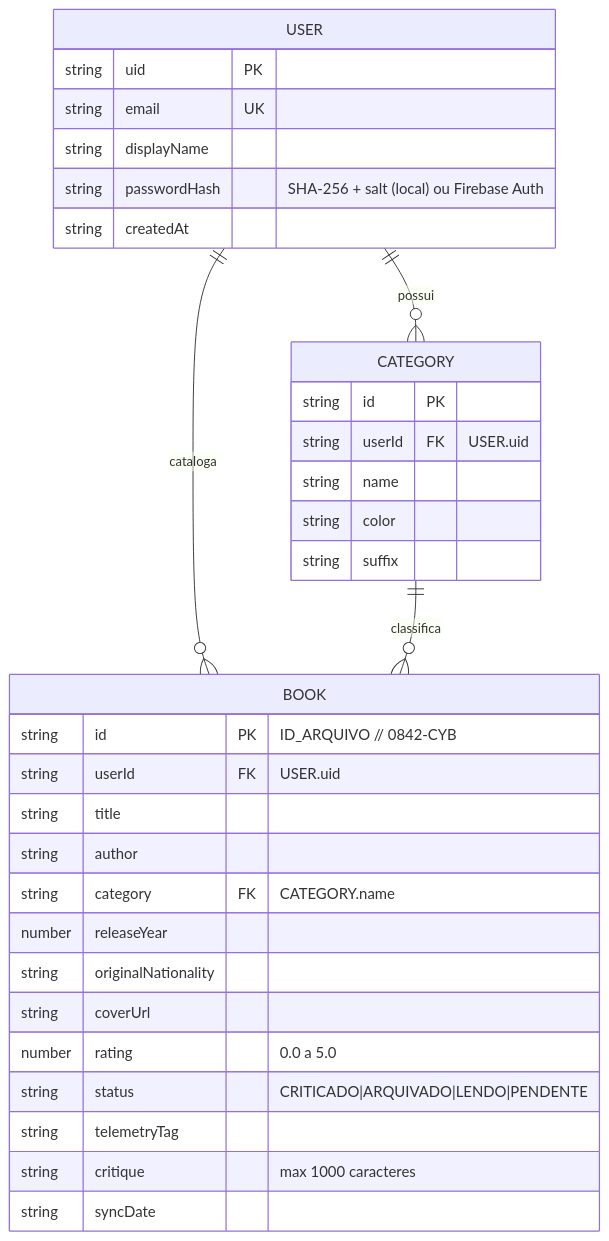
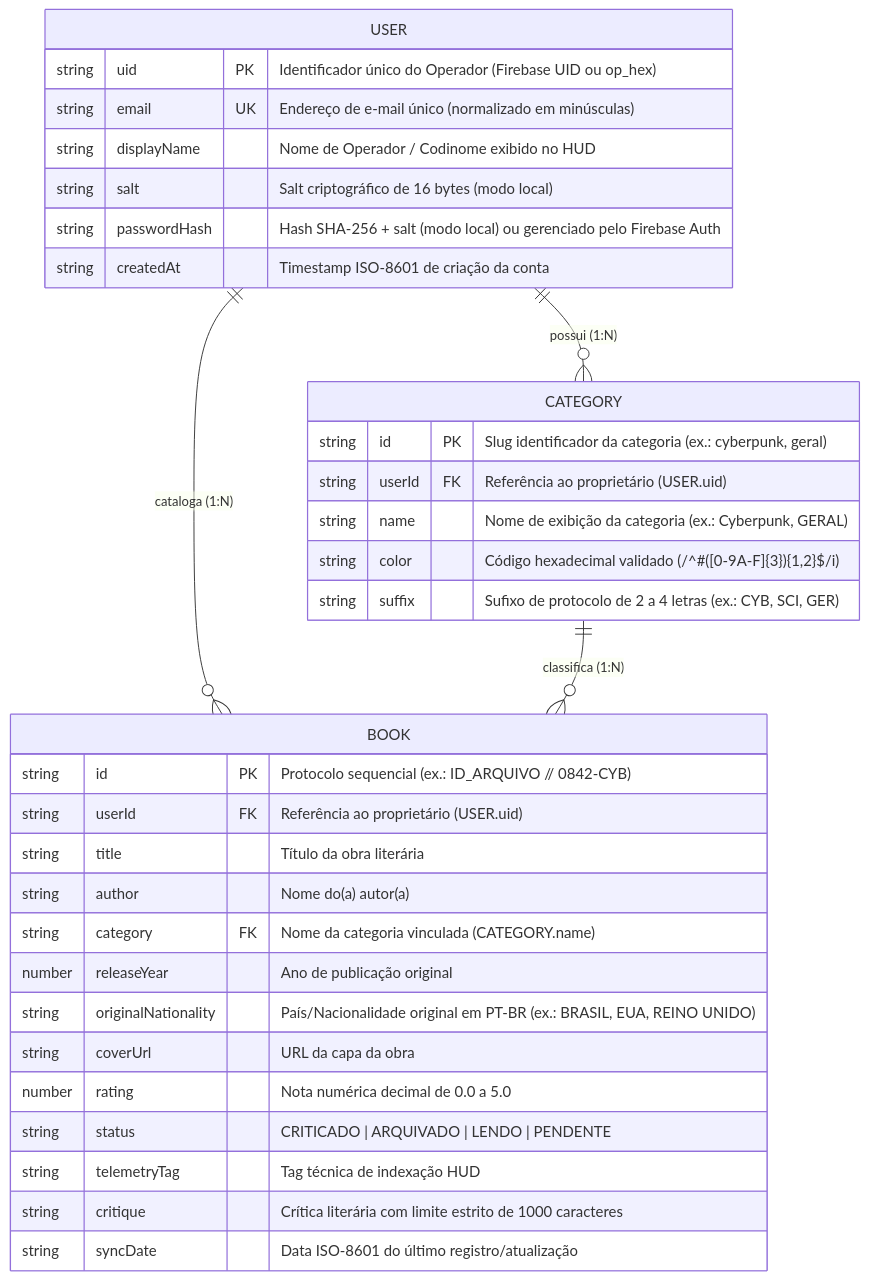
Before and after one commit to Glins-dev/librarytrix: the first of 5 diagrams in docs/arquitetura-der.md, drawn with Mermaid. The commit also changed other lines of this file and 7 other files, not shown here.

````diff
--- a/docs/arquitetura-der.md
+++ b/docs/arquitetura-der.md
@@ -48,35 +9,39 @@
 ```mermaid
 erDiagram
-  USER ||--o{ CATEGORY : possui
-  USER ||--o{ BOOK : cataloga
-  CATEGORY ||--o{ BOOK : classifica
+  USER ||--o{ CATEGORY : "possui (1:N)"
+  USER ||--o{ BOOK : "cataloga (1:N)"
+  CATEGORY ||--o{ BOOK : "classifica (1:N)"
+
   USER {
-    string uid PK
-    string email UK
-    string displayName
-    string passwordHash "SHA-256 + salt (local) ou Firebase Auth"
-    string createdAt
+    string uid PK "Identificador único do Operador (Firebase UID ou op_hex)"
+    string email UK "Endereço de e-mail único (normalizado em minúsculas)"
+    string displayName "Nome de Operador / Codinome exibido no HUD"
+    string salt "Salt criptográfico de 16 bytes (modo local)"
+    string passwordHash "Hash SHA-256 + salt (modo local) ou gerenciado pelo Firebase Auth"
+    string createdAt "Timestamp ISO-8601 de criação da conta"
   }
+
   CATEGORY {
-    string id PK
-    string userId FK "USER.uid"
-    string name
-    string color
-    string suffix
+    string id PK "Slug identificador da categoria (ex.: cyberpunk, geral)"
+    string userId FK "Referência ao proprietário (USER.uid)"
+    string name "Nome de exibição da categoria (ex.: Cyberpunk, GERAL)"
+    string color "Código hexadecimal validado (/^#([0-9A-F]{3}){1,2}$/i)"
+    string suffix "Sufixo de protocolo de 2 a 4 letras (ex.: CYB, SCI, GER)"
   }
+
   BOOK {
-    string id PK "ID_ARQUIVO // 0842-CYB"
-    string userId FK "USER.uid"
-    string title
-    string author
-    string category FK "CATEGORY.name"
-    number releaseYear
-    string originalNationality
-    string coverUrl
-    number rating "0.0 a 5.0"
-    string status "CRITICADO|ARQUIVADO|LENDO|PENDENTE"
-    string telemetryTag
-    string critique "max 1000 caracteres"
-    string syncDate
+    string id PK "Protocolo sequencial (ex.: ID_ARQUIVO // 0842-CYB)"
+    string userId FK "Referência ao proprietário (USER.uid)"
+    string title "Título da obra literária"
+    string author "Nome do(a) autor(a)"
+    string category FK "Nome da categoria vinculada (CATEGORY.name)"
+    number releaseYear "Ano de publicação original"
+    string originalNationality "País/Nacionalidade original em PT-BR (ex.: BRASIL, EUA, REINO UNIDO)"
+    string coverUrl "URL da capa da obra"
+    number rating "Nota numérica decimal de 0.0 a 5.0"
+    string status "CRITICADO | ARQUIVADO | LENDO | PENDENTE"
+    string telemetryTag "Tag técnica de indexação HUD"
+    string critique "Crítica literária com limite estrito de 1000 caracteres"
+    string syncDate "Data ISO-8601 do último registro/atualização"
   }
 ```
````
